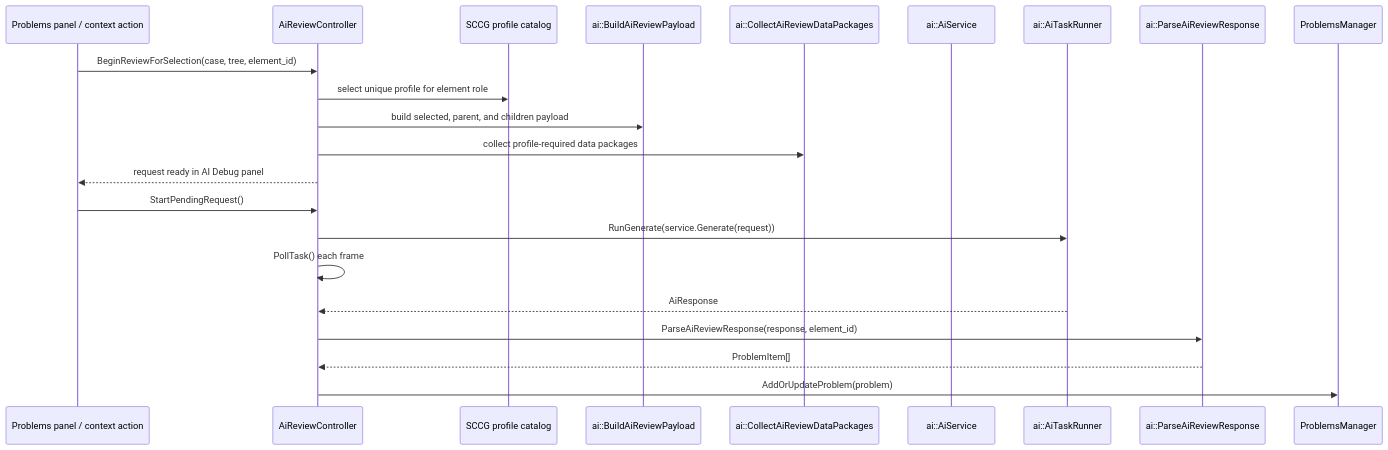
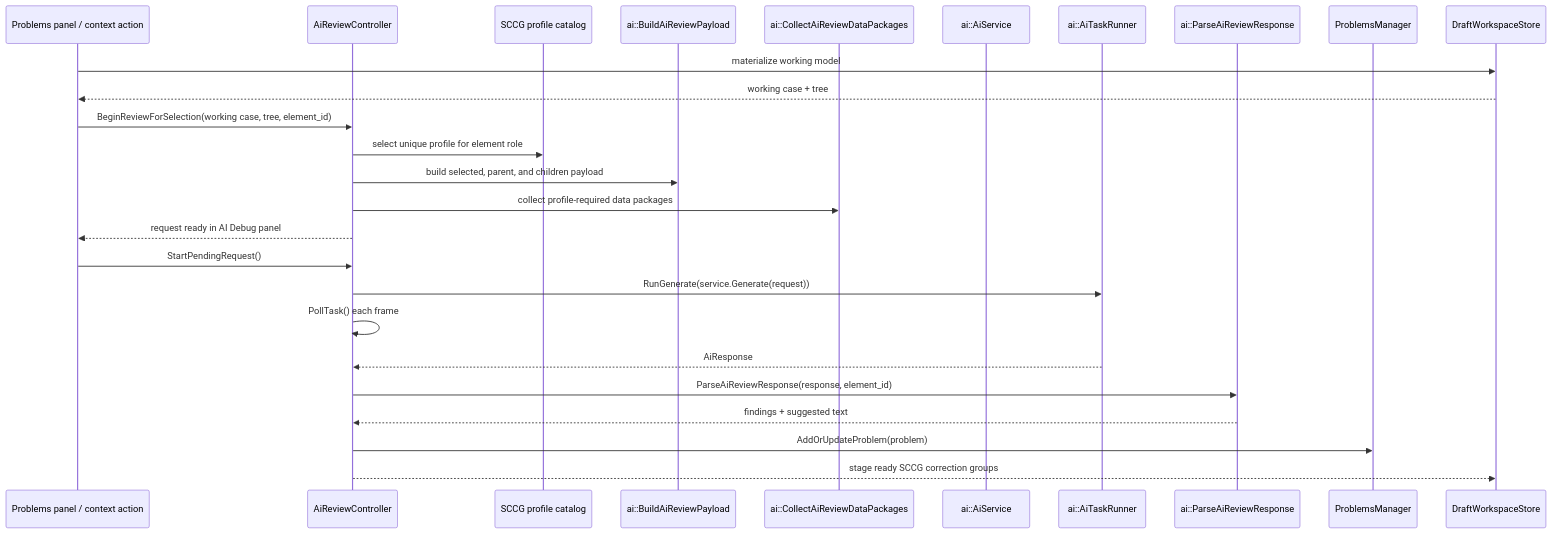
The sixth of 6 diagrams in docs/architecture/controllers.md (lasrod/assurance-forge), drawn with Mermaid before and after one commit. The commit also changed 30 other files, not shown here.

Commit message:
integrate SCCG review with working drafts

````diff
--- a/docs/architecture/controllers.md
+++ b/docs/architecture/controllers.md
@@ -104,25 +104,29 @@
 ```mermaid
 sequenceDiagram
     participant UI as Problems panel / context action
     participant Controller as AiReviewController
     participant Catalog as SCCG profile catalog
     participant Builder as ai::BuildAiReviewPayload
     participant Data as ai::CollectAiReviewDataPackages
     participant Service as ai::AiService
     participant Runner as ai::AiTaskRunner
     participant Parser as ai::ParseAiReviewResponse
     participant Problems as ProblemsManager
+    participant Draft as DraftWorkspaceStore
 
-    UI->>Controller: BeginReviewForSelection(case, tree, element_id)
+    UI->>Draft: materialize working model
+    Draft-->>UI: working case + tree
+    UI->>Controller: BeginReviewForSelection(working case, tree, element_id)
     Controller->>Catalog: select unique profile for element role
     Controller->>Builder: build selected, parent, and children payload
     Controller->>Data: collect profile-required data packages
     Controller-->>UI: request ready in AI Debug panel
     UI->>Controller: StartPendingRequest()
     Controller->>Runner: RunGenerate(service.Generate(request))
     Controller->>Controller: PollTask() each frame
     Runner-->>Controller: AiResponse
     Controller->>Parser: ParseAiReviewResponse(response, element_id)
-    Parser-->>Controller: ProblemItem[]
+    Parser-->>Controller: findings + suggested text
     Controller->>Problems: AddOrUpdateProblem(problem)
+    Controller-->>Draft: stage ready SCCG correction groups
 ```
````
